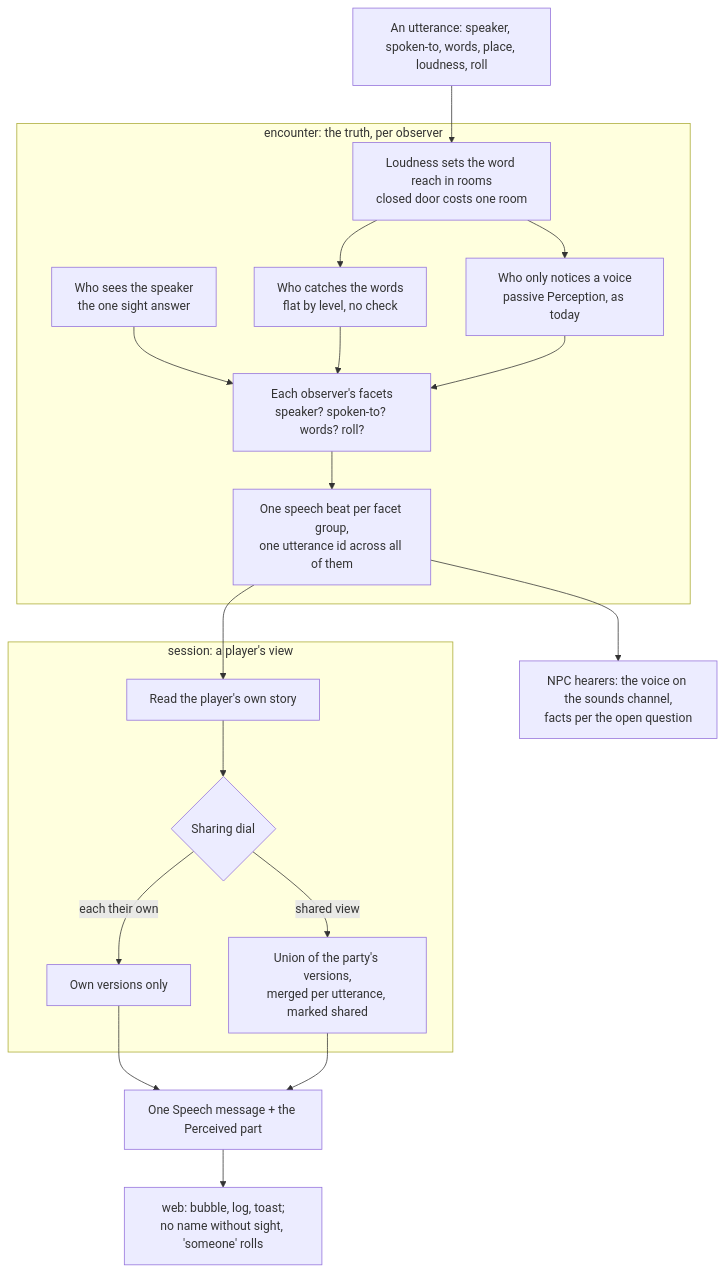
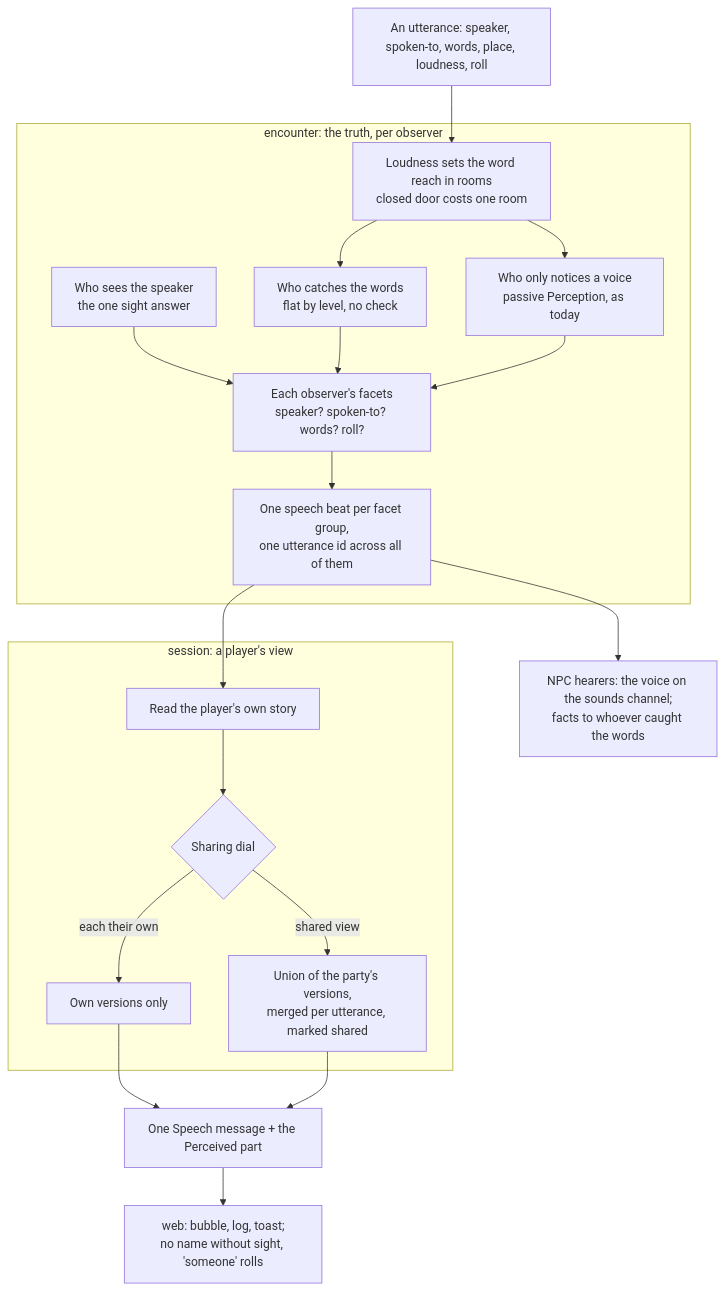
Before and after one commit to KirkDiggler/rpg-project: the diagram in ideas/perceived-speech/design.md, drawn with Mermaid. The commit also changed other lines of this file and 2 other files, not shown here.

````diff
--- a/ideas/perceived-speech/design.md
+++ b/ideas/perceived-speech/design.md
@@ -5,29 +5,29 @@
 ```mermaid
 flowchart TD
     Line[An utterance: speaker, spoken-to, words, place, loudness, roll] --> Reach
     subgraph encounter[encounter: the truth, per observer]
       Reach[Loudness sets the word reach in rooms<br/>closed door costs one room]
       Sight[Who sees the speaker<br/>the one sight answer]
       Words[Who catches the words<br/>flat by level, no check]
       Notice[Who only notices a voice<br/>passive Perception, as today]
       Reach --> Words
       Reach --> Notice
       Sight --> Facets
       Words --> Facets
       Notice --> Facets
       Facets[Each observer's facets<br/>speaker? spoken-to? words? roll?]
       Facets --> Beats[One speech beat per facet group,<br/>one utterance id across all of them]
     end
-    Beats --> NPC[NPC hearers: the voice on the sounds channel,<br/>facts per the open question]
+    Beats --> NPC[NPC hearers: the voice on the sounds channel;<br/>facts to whoever caught the words]
     Beats --> Assemble
     subgraph session[session: a player's view]
       Assemble[Read the player's own story]
       Dial{Sharing dial}
       Assemble --> Dial
       Dial -->|each their own| Own[Own versions only]
       Dial -->|shared view| Union[Union of the party's versions,<br/>merged per utterance, marked shared]
     end
     Own --> Wire
     Union --> Wire
     Wire[One Speech message + the Perceived part] --> Client[web: bubble, log, toast;<br/>no name without sight, 'someone' rolls]
 ```
````
